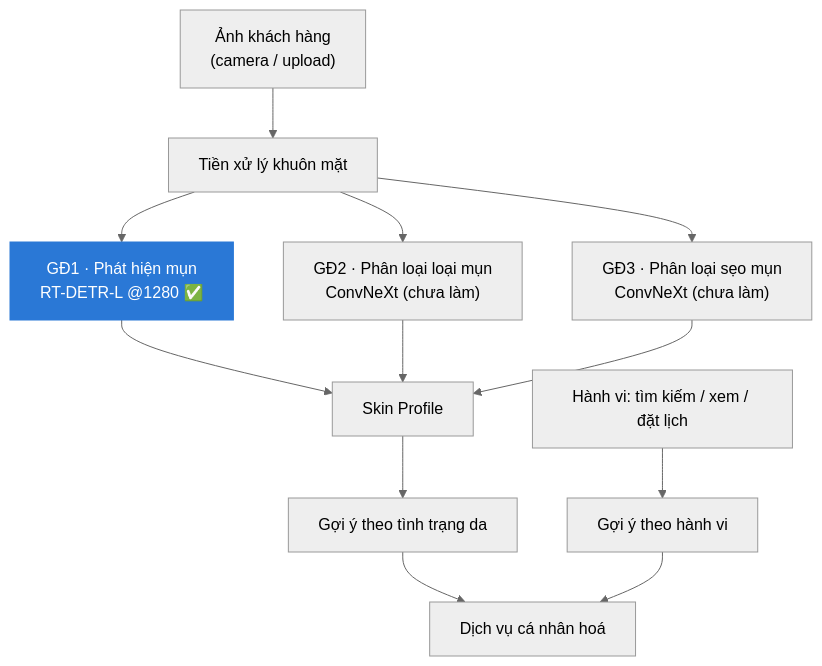
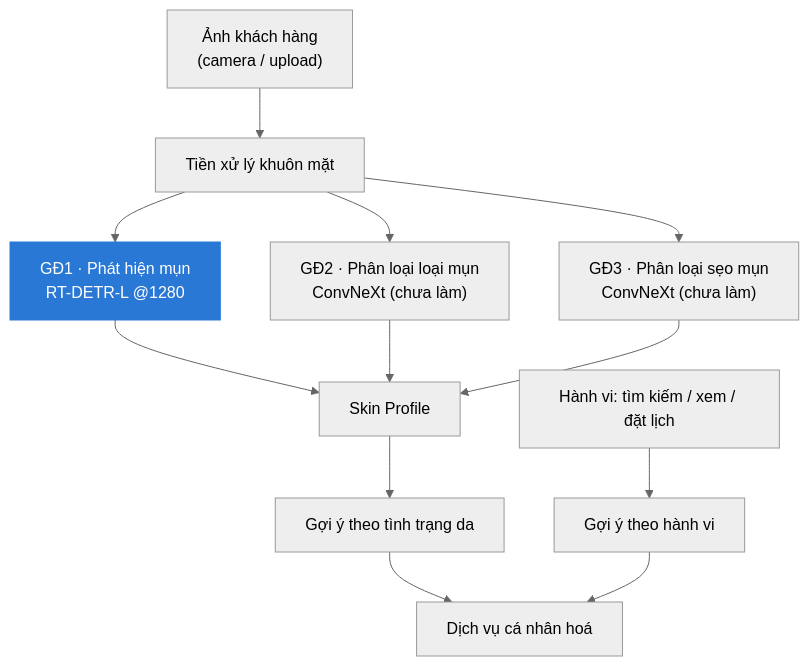
Before and after one commit to dangkhoa18052004/BinSpa_AI: the first of 3 diagrams in README.md, drawn with Mermaid (neutral theme). The commit also changed other lines of this file, not shown here.

Commit message:
Remove checkmark from RT-DETR-L @1280 in README

````diff
--- a/README.md
+++ b/README.md
@@ -49,15 +49,15 @@
 ```mermaid
 flowchart TD
     A["Ảnh khách hàng<br/>(camera / upload)"] --> B["Tiền xử lý khuôn mặt"]
-    B --> P1["GĐ1 · Phát hiện mụn<br/>RT-DETR-L @1280 ✅"]
+    B --> P1["GĐ1 · Phát hiện mụn<br/>RT-DETR-L @1280 "]
     B --> P2["GĐ2 · Phân loại loại mụn<br/>ConvNeXt (chưa làm)"]
     B --> P3["GĐ3 · Phân loại sẹo mụn<br/>ConvNeXt (chưa làm)"]
     P1 --> S["Skin Profile"]
     P2 --> S
     P3 --> S
     S --> R1["Gợi ý theo tình trạng da"]
     H["Hành vi: tìm kiếm / xem / đặt lịch"] --> R2["Gợi ý theo hành vi"]
     R1 --> SV["Dịch vụ cá nhân hoá"]
     R2 --> SV
     style P1 fill:#2a78d6,color:#fff,stroke:#2a78d6
 ```
````
